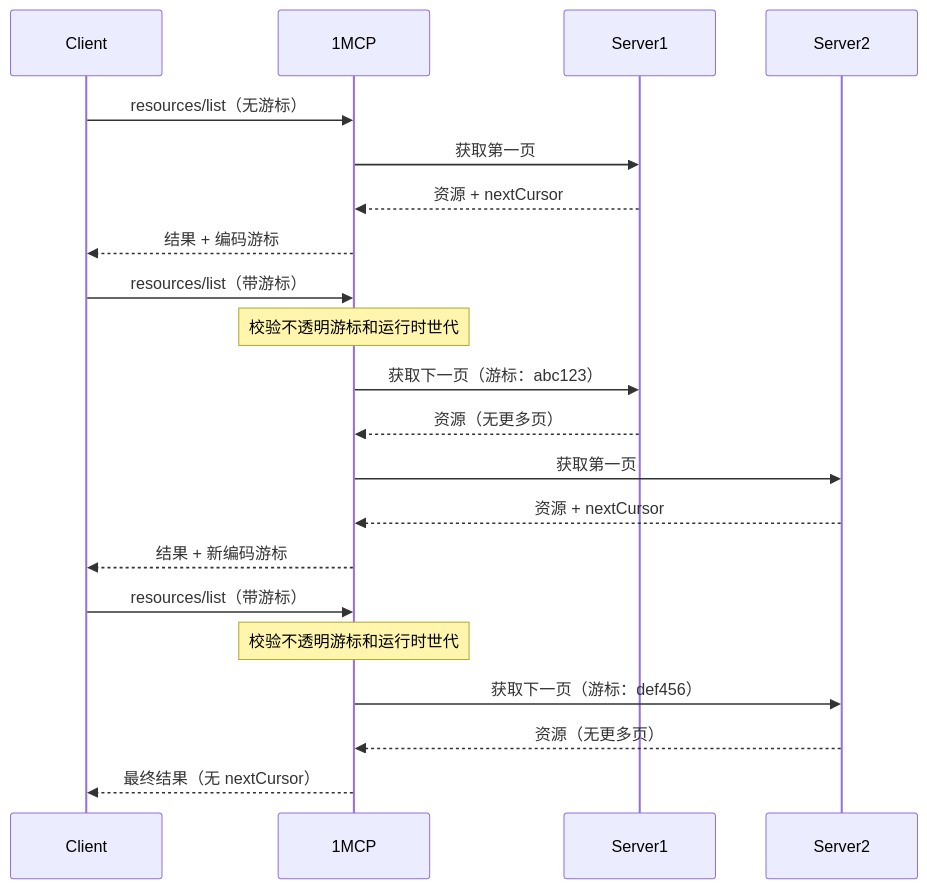
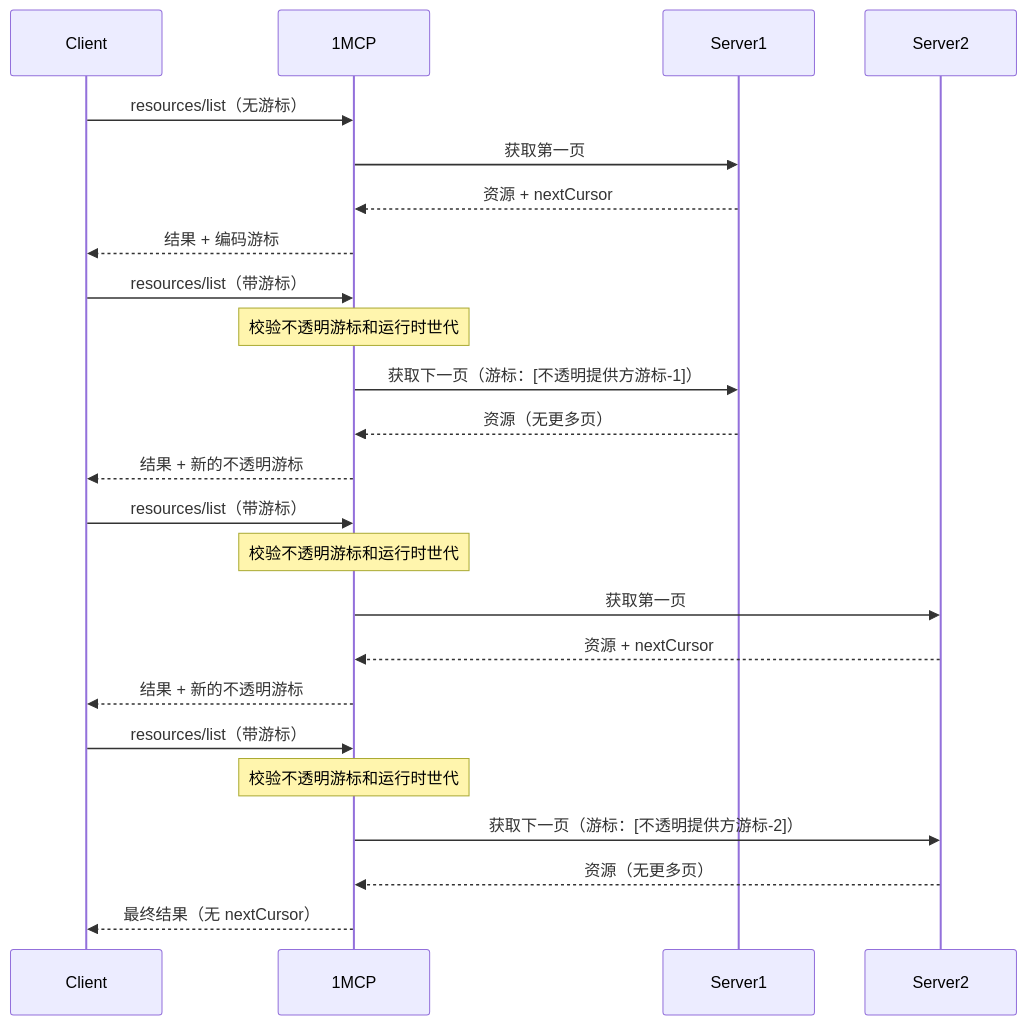
Before and after one commit to 1mcp-app/agent: the diagram in docs/zh/reference/pagination.md, drawn with Mermaid. The commit also changed other lines of this file and 5 other files, not shown here.

````diff
--- a/docs/zh/reference/pagination.md
+++ b/docs/zh/reference/pagination.md
@@ -69,26 +69,30 @@
 ```mermaid
 sequenceDiagram
     participant Client
     participant 1MCP
     participant Server1
     participant Server2
 
     Client->>1MCP: resources/list（无游标）
     1MCP->>Server1: 获取第一页
     Server1-->>1MCP: 资源 + nextCursor
     1MCP-->>Client: 结果 + 编码游标
 
     Client->>1MCP: resources/list（带游标）
     Note over 1MCP: 校验不透明游标和运行时世代
-    1MCP->>Server1: 获取下一页（游标：abc123）
+    1MCP->>Server1: 获取下一页（游标：[不透明提供方游标-1]）
     Server1-->>1MCP: 资源（无更多页）
-    1MCP->>Server2: 获取第一页
-    Server2-->>1MCP: 资源 + nextCursor
-    1MCP-->>Client: 结果 + 新编码游标
+    1MCP-->>Client: 结果 + 新的不透明游标
 
     Client->>1MCP: resources/list（带游标）
     Note over 1MCP: 校验不透明游标和运行时世代
-    1MCP->>Server2: 获取下一页（游标：def456）
+    1MCP->>Server2: 获取第一页
+    Server2-->>1MCP: 资源 + nextCursor
+    1MCP-->>Client: 结果 + 新的不透明游标
+
+    Client->>1MCP: resources/list（带游标）
+    Note over 1MCP: 校验不透明游标和运行时世代
+    1MCP->>Server2: 获取下一页（游标：[不透明提供方游标-2]）
     Server2-->>1MCP: 资源（无更多页）
     1MCP-->>Client: 最终结果（无 nextCursor）
 ```
````
